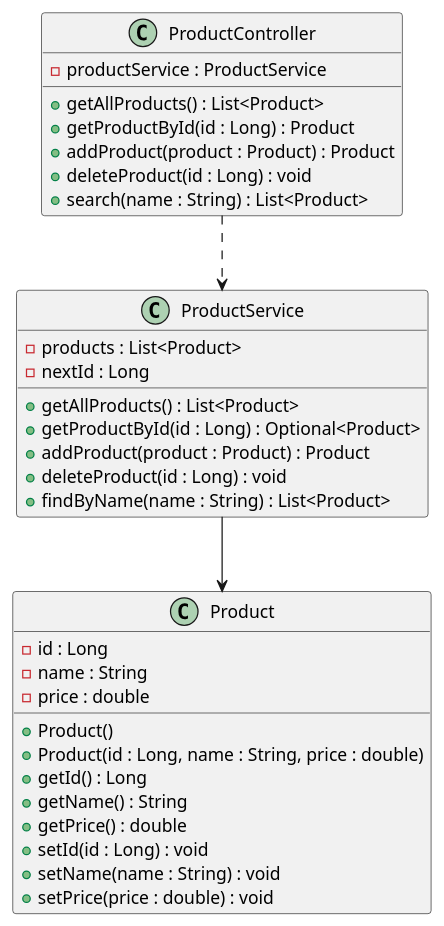
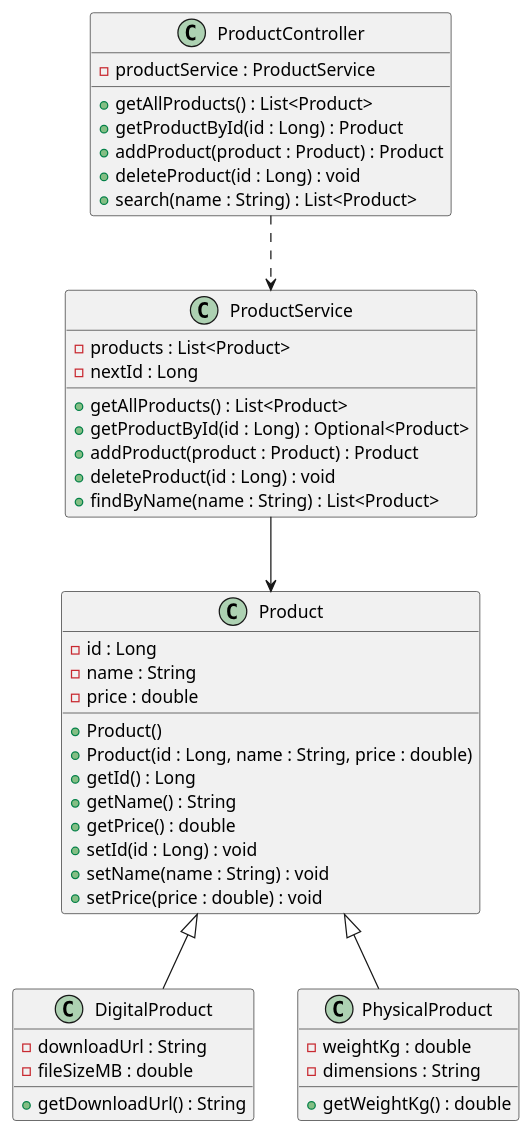
The diagram in docs/uml/Product.puml (senuthi-iit/products-api-3.0), drawn with PlantUML before and after one commit. The commit also changed 1 other file, not shown here.

Commit message:
Tutorial 4: inheritance hierarchy — DigitalProduct and PhysicalProduct UML.

```diff
--- a/docs/uml/Product.puml
+++ b/docs/uml/Product.puml
@@ -1,39 +1,54 @@
 @startuml
 
 class Product {
     - id : Long
     - name : String
     - price : double
     + Product()
     + Product(id : Long, name : String, price : double)
     + getId() : Long
     + getName() : String
     + getPrice() : double
     + setId(id : Long) : void
     + setName(name : String) : void
     + setPrice(price : double) : void
 }
 
 class ProductService {
     - products : List<Product>
     - nextId : Long
     + getAllProducts() : List<Product>
     + getProductById(id : Long) : Optional<Product>
     + addProduct(product : Product) : Product
     + deleteProduct(id : Long) : void
     + findByName(name : String) : List<Product>
 }
 
 class ProductController {
     - productService : ProductService
     + getAllProducts() : List<Product>
     + getProductById(id : Long) : Product
     + addProduct(product : Product) : Product
     + deleteProduct(id : Long) : void
     + search(name : String) : List<Product>
 }
 
+class DigitalProduct {
+- downloadUrl : String
+- fileSizeMB : double
++ getDownloadUrl() : String
+}
+class PhysicalProduct {
+- weightKg : double
+- dimensions : String
++ getWeightKg() : double
+}
+
 ProductController ..> ProductService
 ProductService --> Product
 
+' <|-- is the inheritance arrow. The PARENT goes on the left.
+Product <|-- DigitalProduct
+Product <|-- PhysicalProduct
+
 @enduml
```
